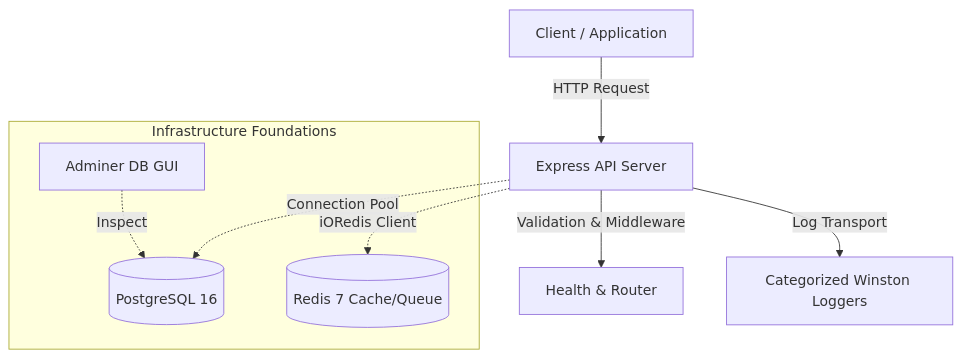
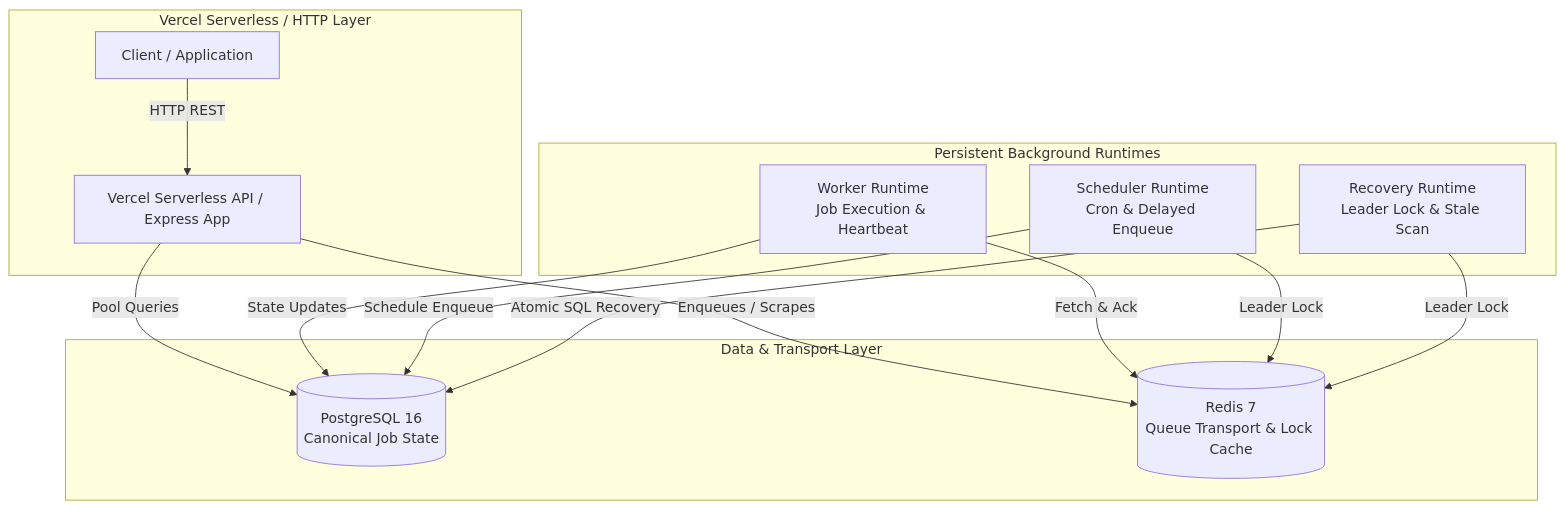
Before and after one commit to aafaqahmed35/Flux: the diagram in README.md, drawn with Mermaid. The commit also changed other lines of this file and 6 other files, not shown here.

````diff
--- a/README.md
+++ b/README.md
@@ -17,16 +17,29 @@
 ```mermaid
 graph TD
-    Client[Client / Application] -->|HTTP Request| API[Express API Server]
-    API -->|Validation & Middleware| Controller[Health & Router]
-    API -->|Log Transport| Winston[Categorized Winston Loggers]
-
-    subgraph Infrastructure Foundations
-        Postgres[(PostgreSQL 16)]
-        Redis[(Redis 7 Cache/Queue)]
-        Adminer[Adminer DB GUI]
+    subgraph Vercel Serverless / HTTP Layer
+        Client[Client / Application] -->|HTTP REST| API[Vercel Serverless API / Express App]
     end
 
-    API -.->|Connection Pool| Postgres
-    API -.->|iORedis Client| Redis
-    Adminer -.->|Inspect| Postgres
+    subgraph Data & Transport Layer
+        Postgres[(PostgreSQL 16\nCanonical Job State)]
+        Redis[(Redis 7\nQueue Transport & Lock Cache)]
+    end
+
+    subgraph Persistent Background Runtimes
+        Worker[Worker Runtime\nJob Execution & Heartbeat]
+        Scheduler[Scheduler Runtime\nCron & Delayed Enqueue]
+        Recovery[Recovery Runtime\nLeader Lock & Stale Scan]
+    end
+
+    API -->|Pool Queries| Postgres
+    API -->|Enqueues / Scrapes| Redis
+
+    Worker -->|Fetch & Ack| Redis
+    Worker -->|State Updates| Postgres
+
+    Scheduler -->|Leader Lock| Redis
+    Scheduler -->|Schedule Enqueue| Postgres
+
+    Recovery -->|Leader Lock| Redis
+    Recovery -->|Atomic SQL Recovery| Postgres
 ```
````
